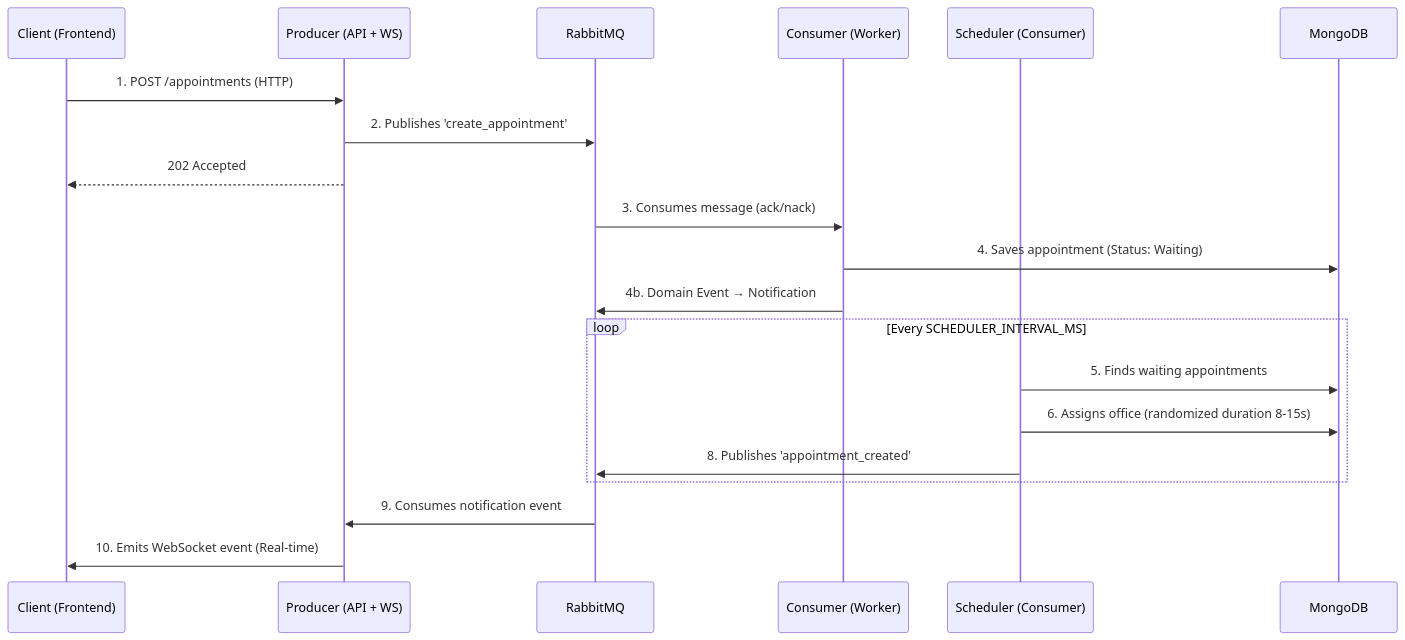
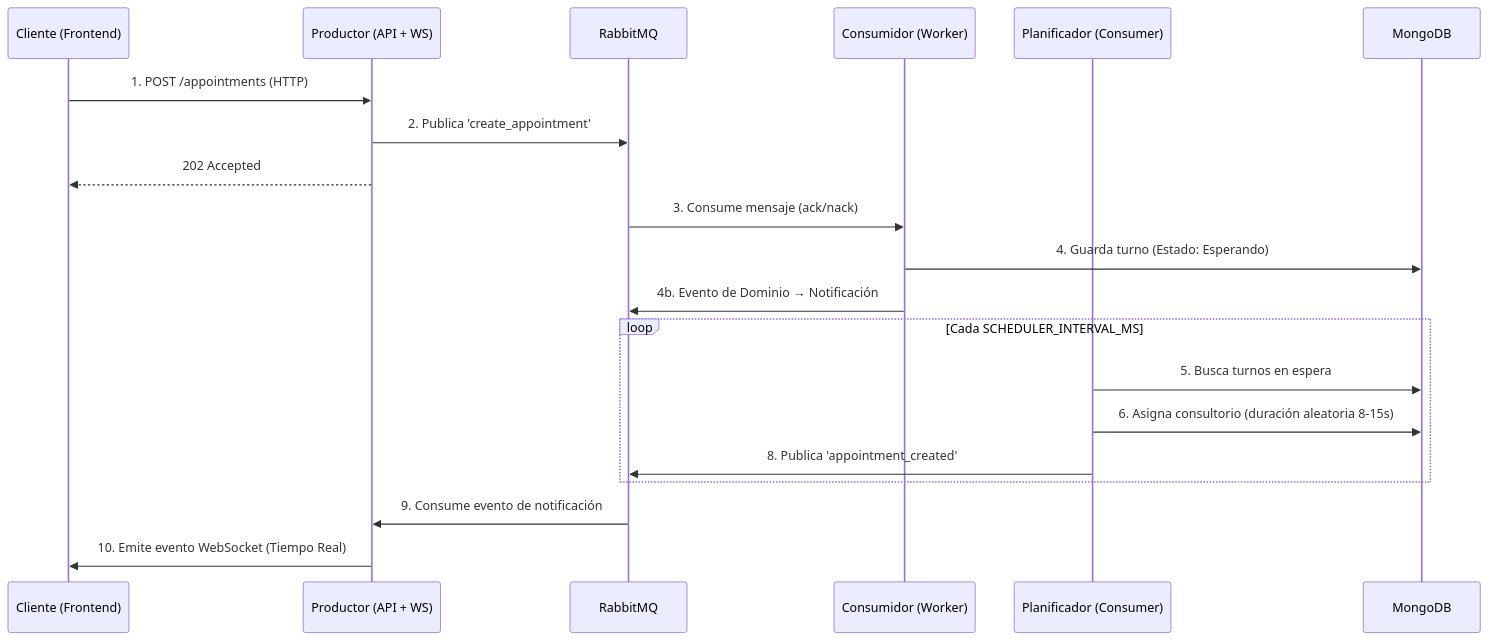
Before and after one commit to jhorman10/IA_P1_Fork: the diagram in README.md, drawn with Mermaid. The commit also changed other lines of this file and 8 other files, not shown here.

Commit message:
feat(i18n): localize user-facing content to Spanish (README, Frontend, API)

````diff
--- a/README.md
+++ b/README.md
@@ -10,25 +10,25 @@
 ```mermaid
 sequenceDiagram
-    participant C as Client (Frontend)
-    participant P as Producer (API + WS)
+    participant C as Cliente (Frontend)
+    participant P as Productor (API + WS)
     participant Q as RabbitMQ
-    participant W as Consumer (Worker)
-    participant S as Scheduler (Consumer)
+    participant W as Consumidor (Worker)
+    participant S as Planificador (Consumer)
     participant D as MongoDB
 
     C->>P: 1. POST /appointments (HTTP)
-    P->>Q: 2. Publishes 'create_appointment'
+    P->>Q: 2. Publica 'create_appointment'
     P-->>C: 202 Accepted
-    Q->>W: 3. Consumes message (ack/nack)
-    W->>D: 4. Saves appointment (Status: Waiting)
-    W->>Q: 4b. Domain Event → Notification
+    Q->>W: 3. Consume mensaje (ack/nack)
+    W->>D: 4. Guarda turno (Estado: Esperando)
+    W->>Q: 4b. Evento de Dominio → Notificación
     
-    loop Every SCHEDULER_INTERVAL_MS
-        S->>D: 5. Finds waiting appointments
-        S->>D: 6. Assigns office (randomized duration 8-15s)
-        S->>Q: 8. Publishes 'appointment_created'
+    loop Cada SCHEDULER_INTERVAL_MS
+        S->>D: 5. Busca turnos en espera
+        S->>D: 6. Asigna consultorio (duración aleatoria 8-15s)
+        S->>Q: 8. Publica 'appointment_created'
     end
 
-    Q->>P: 9. Consumes notification event
-    P->>C: 10. Emits WebSocket event (Real-time)
+    Q->>P: 9. Consume evento de notificación
+    P->>C: 10. Emite evento WebSocket (Tiempo Real)
 ```
````
